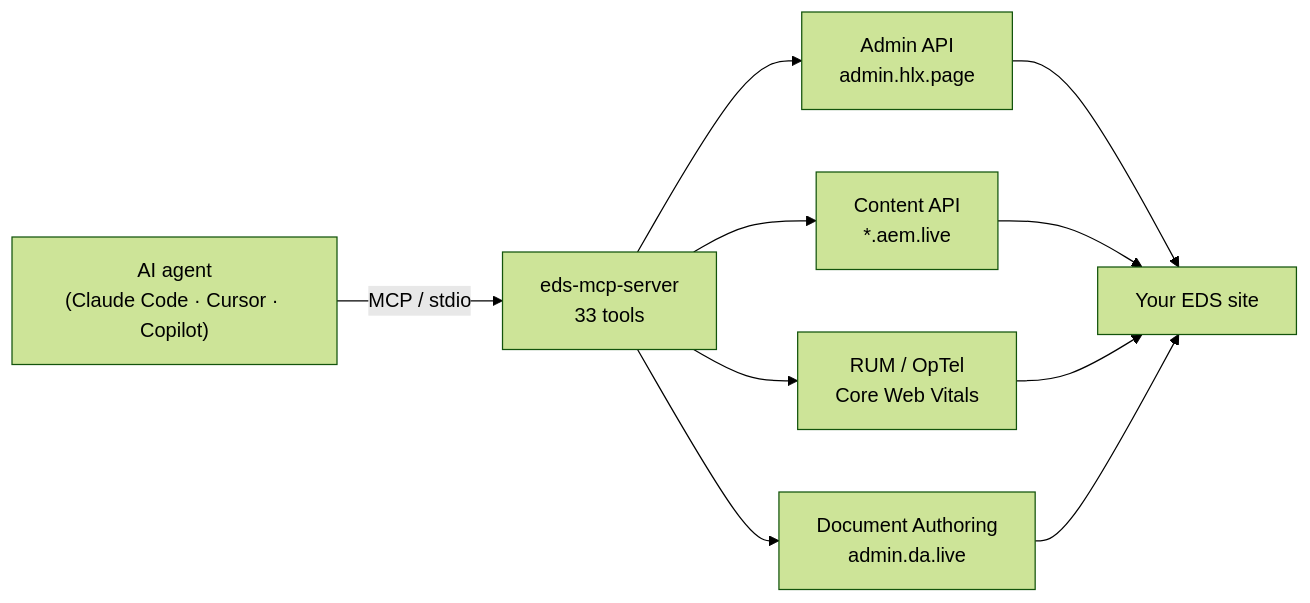
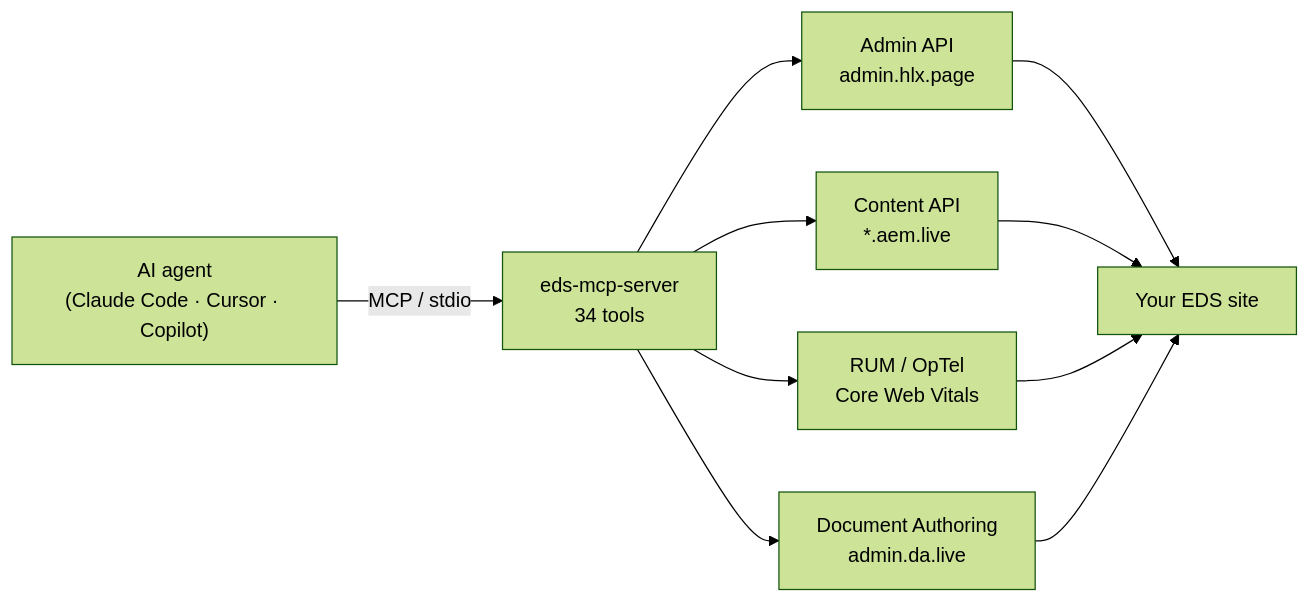
One commit to Focus-GTS/eds-mcp-server changed the first of 2 diagrams in README.md. Above: the diagram before and after it, drawn with Mermaid (forest theme). The commit also changed other lines of this file and 8 other files, not shown here.

````diff
--- a/README.md
+++ b/README.md
@@ -41,12 +41,12 @@
 ```mermaid
 flowchart LR
-  A["AI agent<br/>(Claude Code · Cursor · Copilot)"] -- MCP / stdio --> B["eds-mcp-server<br/>33 tools"]
+  A["AI agent<br/>(Claude Code · Cursor · Copilot)"] -- MCP / stdio --> B["eds-mcp-server<br/>34 tools"]
   B --> C["Admin API<br/>admin.hlx.page"]
   B --> D["Content API<br/>*.aem.live"]
   B --> E["RUM / OpTel<br/>Core Web Vitals"]
   B --> G["Document Authoring<br/>admin.da.live"]
   C --> F["Your EDS site"]
   D --> F
   E --> F
   G --> F
 ```
````
